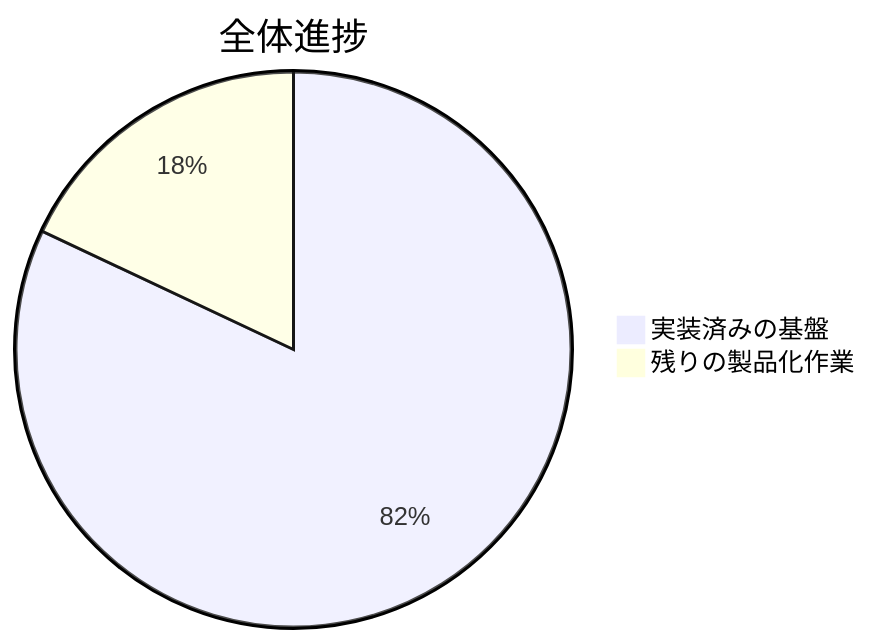
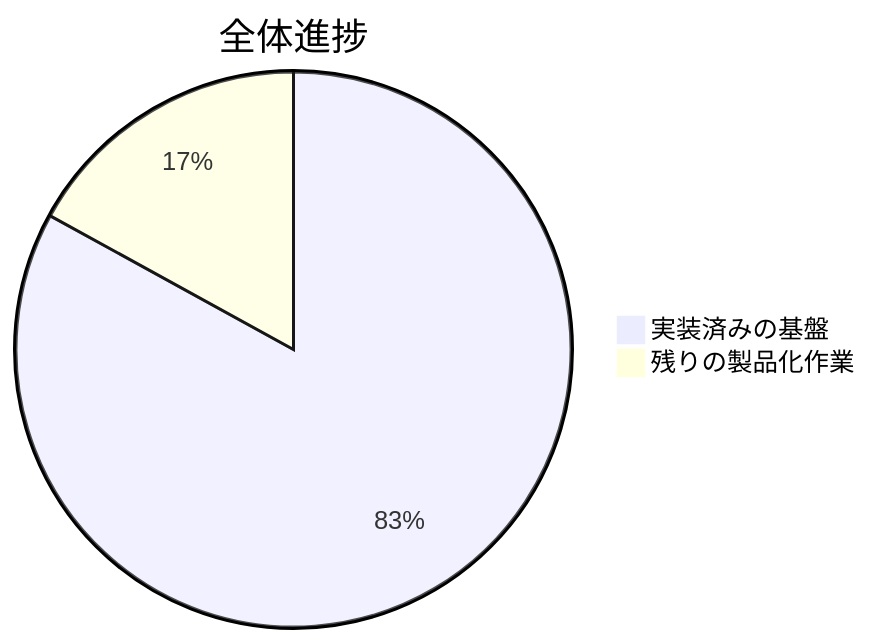
Before and after one commit to lingmulongtai/GlyphRay: the first of 5 diagrams in README.ja.md, drawn with Mermaid. The commit also changed other lines of this file and 9 other files, not shown here.

````diff
--- a/README.ja.md
+++ b/README.ja.md
@@ -15,5 +15,5 @@
 ```mermaid
 pie title 全体進捗
-  "実装済みの基盤" : 82
-  "残りの製品化作業" : 18
+  "実装済みの基盤" : 83
+  "残りの製品化作業" : 17
 ```
````
